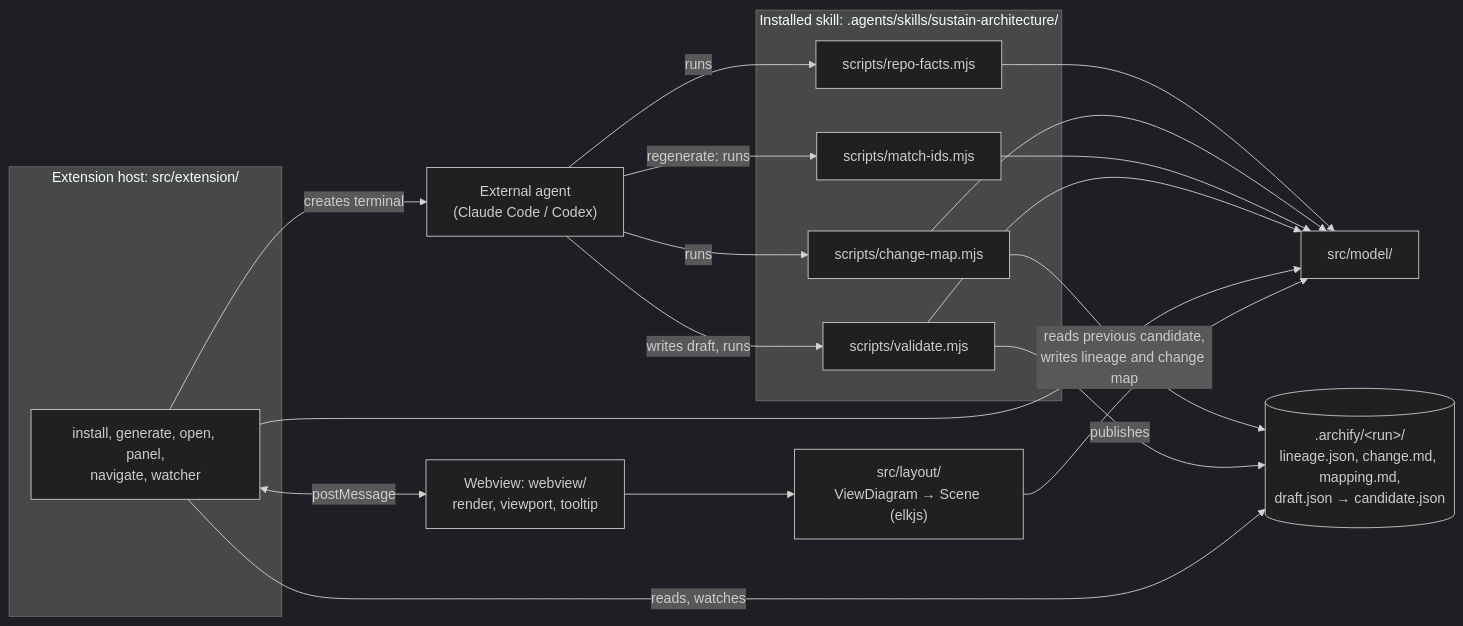
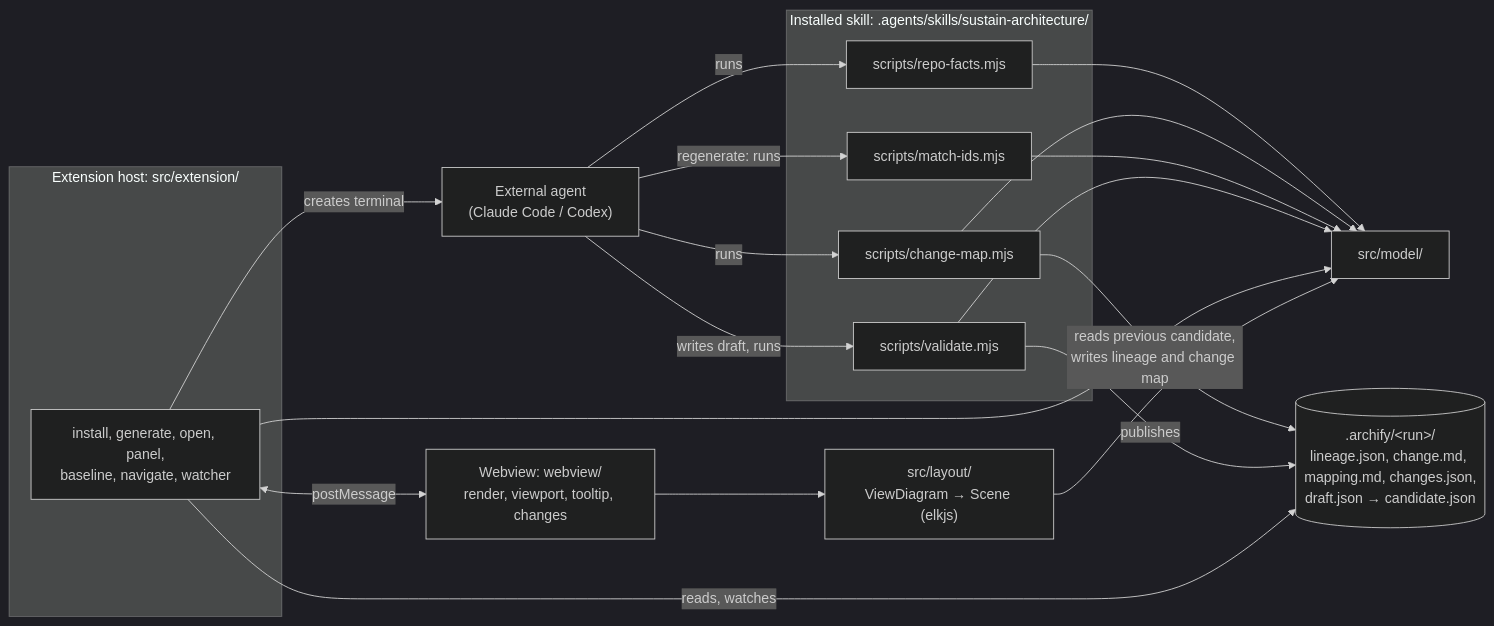
Before and after one commit to DennieDan/sustain: the first of 7 diagrams in docs/architecture.md, drawn with Mermaid (dark theme). The commit also changed other lines of this file and 45 other files, not shown here.

````diff
--- a/docs/architecture.md
+++ b/docs/architecture.md
@@ -7,34 +7,34 @@
 ```mermaid
 flowchart LR
   agent["External agent<br/>(Claude Code / Codex)"]
   subgraph skill["Installed skill: .agents/skills/sustain-architecture/"]
     rf["scripts/repo-facts.mjs"]
     cm["scripts/change-map.mjs"]
     mi["scripts/match-ids.mjs"]
     val["scripts/validate.mjs"]
   end
   subgraph ext["Extension host: src/extension/"]
-    host["install, generate, open, panel,<br/>navigate, watcher"]
+    host["install, generate, open, panel,<br/>baseline, navigate, watcher"]
   end
-  web["Webview: webview/<br/>render, viewport, tooltip"]
+  web["Webview: webview/<br/>render, viewport, tooltip, changes"]
   model["src/model/"]
   layout["src/layout/<br/>ViewDiagram → Scene (elkjs)"]
-  disk[(".archify/&lt;run&gt;/<br/>lineage.json, change.md, mapping.md,<br/>draft.json → candidate.json")]
+  disk[(".archify/&lt;run&gt;/<br/>lineage.json, change.md, mapping.md, changes.json,<br/>draft.json → candidate.json")]
 
   agent -- "runs" --> rf
   agent -- "runs" --> cm
   agent -- "regenerate: runs" --> mi
   agent -- "writes draft, runs" --> val
   rf --> model
   cm --> model
   mi --> model
   val --> model
   cm -- "reads previous candidate,<br/>writes lineage and change map" --> disk
   val -- "publishes" --> disk
   host --> model
   host <-- "postMessage" --> web
   web --> layout
   layout --> model
   host -- "reads, watches" --> disk
   host -- "creates terminal" --> agent
 ```
````
